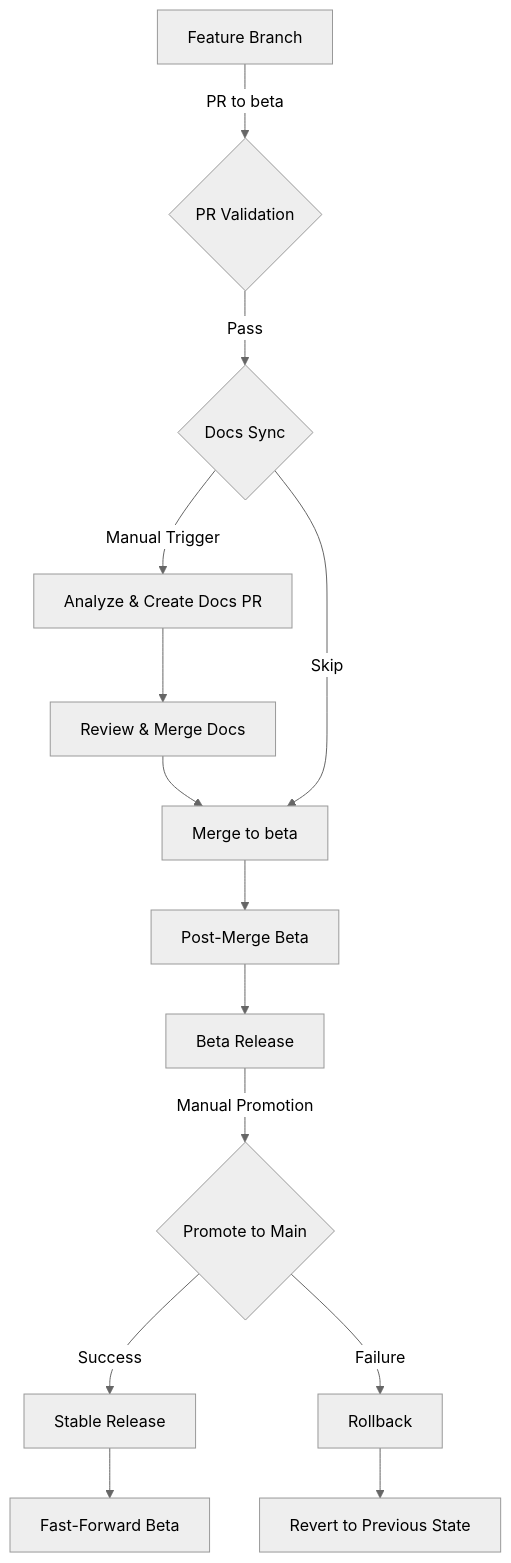
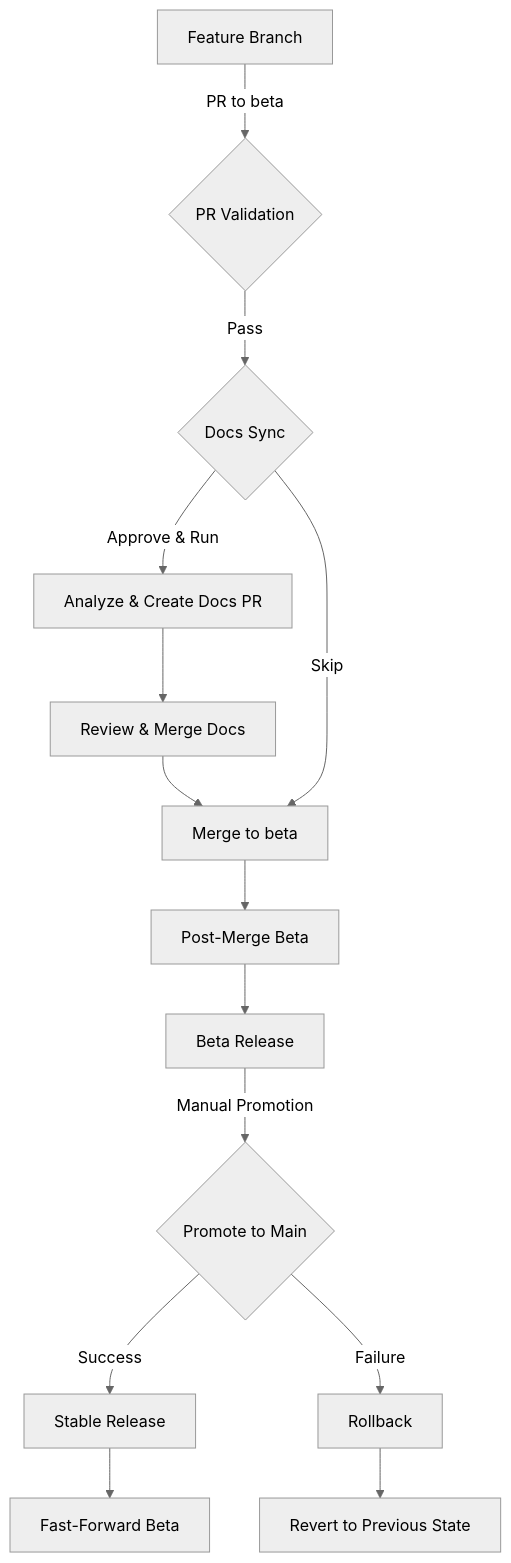
One commit to OsulivanAB/SpectrumFederation changed the first of 2 diagrams in docs/development/workflows.md. Above: the diagram before and after it, drawn with Mermaid (neutral theme). The commit also changed other lines of this file and 3 other files, not shown here.

````diff
--- a/docs/development/workflows.md
+++ b/docs/development/workflows.md
@@ -7,16 +7,16 @@
 ```mermaid
 graph TB
     A[Feature Branch] -->|PR to beta| B{PR Validation}
     B -->|Pass| C{Docs Sync}
-    C -->|Manual Trigger| D[Analyze & Create Docs PR]
+    C -->|Approve & Run| D[Analyze & Create Docs PR]
     D --> E[Review & Merge Docs]
     E --> F[Merge to beta]
     C -->|Skip| F
     F --> G[Post-Merge Beta]
     G --> H[Beta Release]
     H -->|Manual Promotion| I{Promote to Main}
     I -->|Success| J[Stable Release]
     I -->|Failure| K[Rollback]
     K --> L[Revert to Previous State]
     J --> M[Fast-Forward Beta]
 ```
````
